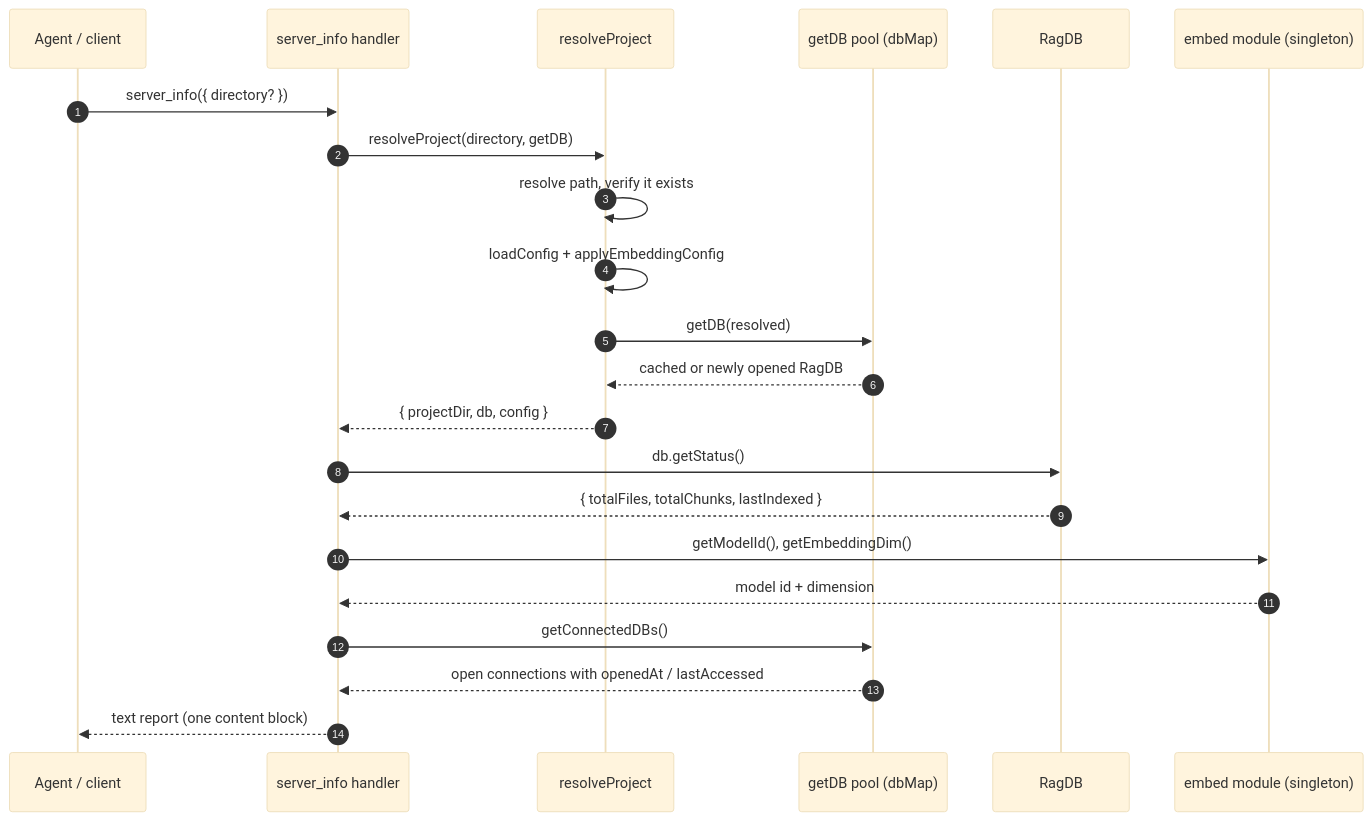
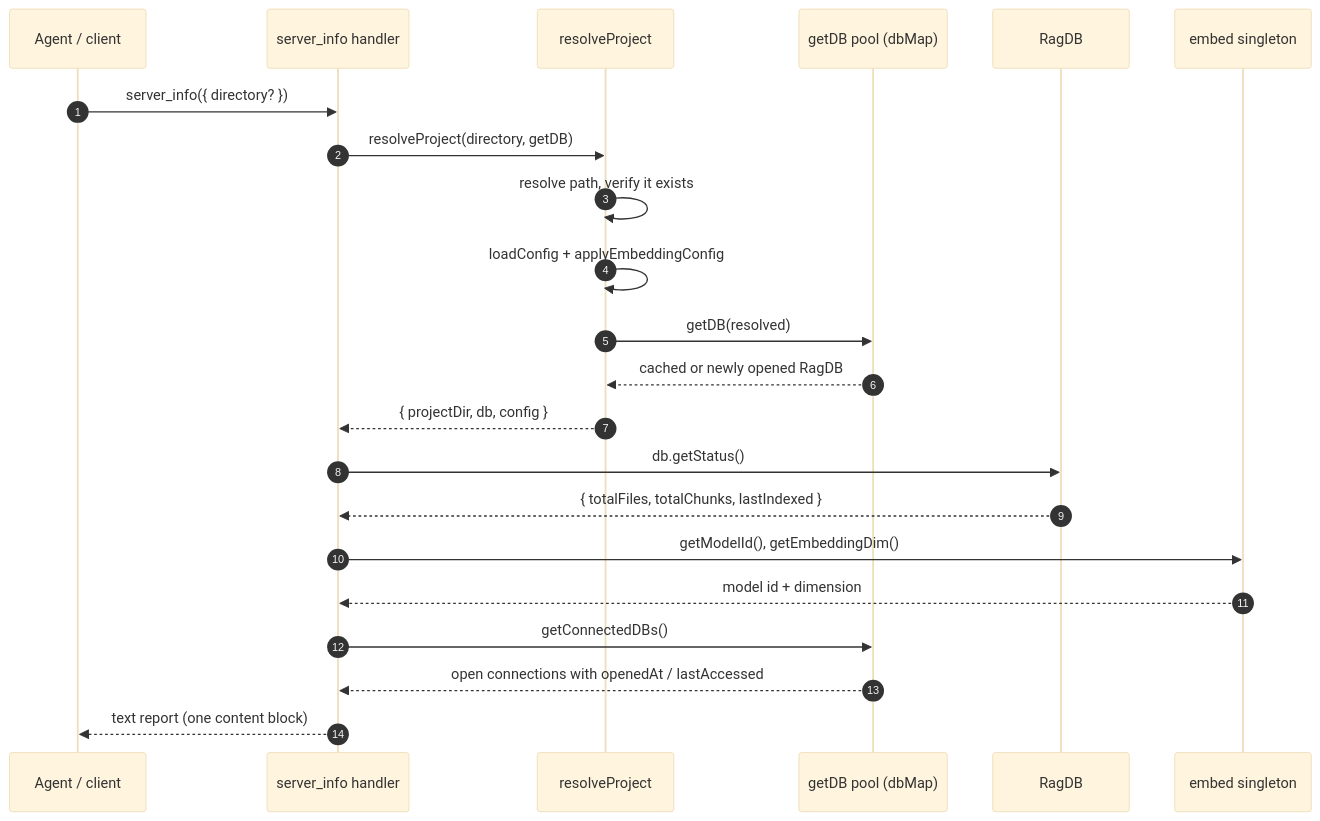
One commit to TheWinci/mimirs changed the diagram in wiki/tools/server-info.md. Above: the diagram before and after it, drawn with Mermaid (base theme). The commit also changed other lines of this file and 55 other files, not shown here.

````diff
--- a/wiki/tools/server-info.md
+++ b/wiki/tools/server-info.md
@@ -41,25 +41,25 @@
 ```mermaid
 sequenceDiagram
   autonumber
   participant Caller as Agent / client
   participant Tool as server_info handler
   participant Resolve as resolveProject
   participant Pool as getDB pool (dbMap)
-  participant DB as RagDB
-  participant Embed as embed module (singleton)
+  participant Store as RagDB
+  participant Embed as embed singleton
 
   Caller->>Tool: server_info({ directory? })
   Tool->>Resolve: resolveProject(directory, getDB)
   Resolve->>Resolve: resolve path, verify it exists
   Resolve->>Resolve: loadConfig + applyEmbeddingConfig
   Resolve->>Pool: getDB(resolved)
   Pool-->>Resolve: cached or newly opened RagDB
   Resolve-->>Tool: { projectDir, db, config }
-  Tool->>DB: db.getStatus()
-  DB-->>Tool: { totalFiles, totalChunks, lastIndexed }
+  Tool->>Store: db.getStatus()
+  Store-->>Tool: { totalFiles, totalChunks, lastIndexed }
   Tool->>Embed: getModelId(), getEmbeddingDim()
   Embed-->>Tool: model id + dimension
   Tool->>Pool: getConnectedDBs()
   Pool-->>Tool: open connections with openedAt / lastAccessed
   Tool-->>Caller: text report (one content block)
 ```
````
